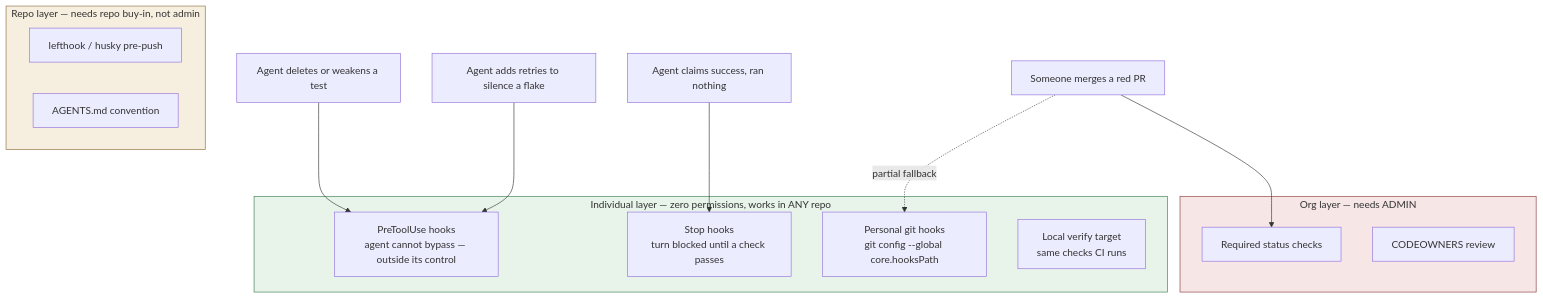
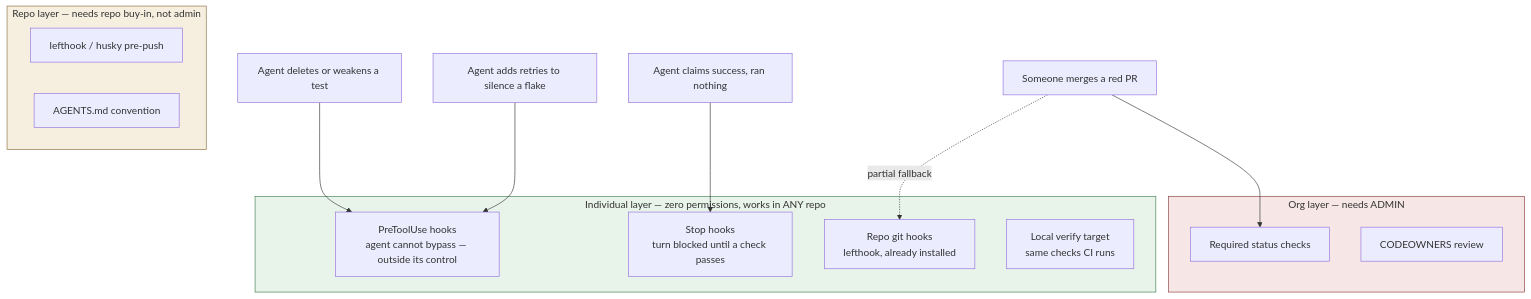
One commit to serina-mcfall/buzz-verification-lab changed the third of 5 diagrams in launchpad/plans/2026-09-03-verification-programme.md. Above: the diagram before and after it, drawn with Mermaid. The commit also changed other lines of this file and 1 other file, not shown here.

````diff
--- a/launchpad/plans/2026-09-03-verification-programme.md
+++ b/launchpad/plans/2026-09-03-verification-programme.md
@@ -164,34 +169,34 @@
 ```mermaid
 flowchart TD
     A1["Agent deletes or weakens a test"]
     A2["Agent adds retries to silence a flake"]
     A3["Agent claims success, ran nothing"]
     A4["Someone merges a red PR"]
 
     subgraph IND["Individual layer — zero permissions, works in ANY repo"]
         H1["PreToolUse hooks<br/>agent cannot bypass — outside its control"]
         H2["Stop hooks<br/>turn blocked until a check passes"]
-        H3["Personal git hooks<br/>git config --global core.hooksPath"]
+        H3["Repo git hooks<br/>lefthook, already installed"]
         H4["Local verify target<br/>same checks CI runs"]
     end
 
     subgraph REPO["Repo layer — needs repo buy-in, not admin"]
         R1["lefthook / husky pre-push"]
         R2["AGENTS.md convention"]
     end
 
     subgraph ORG["Org layer — needs ADMIN"]
         O1["Required status checks"]
         O2["CODEOWNERS review"]
     end
 
     A1 --> H1
     A2 --> H1
     A3 --> H2
     A4 --> O1
     A4 -.->|"partial fallback"| H3
 
     style IND fill:#e8f4ea,stroke:#3d7a4e
     style REPO fill:#f6efe0,stroke:#8a6d3a
     style ORG fill:#f6e6e6,stroke:#8a3a3a
 ```
````
